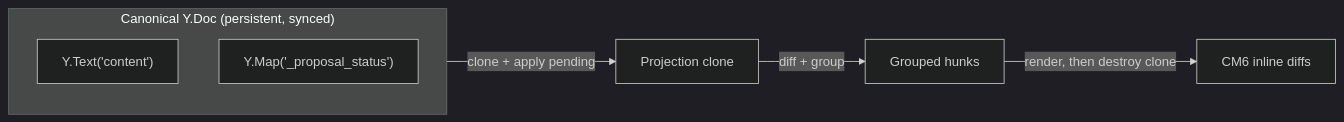
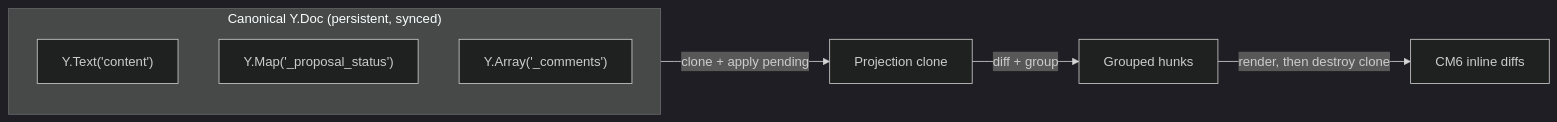
Before and after one commit to haowjy/meridian-flow: the second of 3 diagrams in _docs/plans/collab-data-model-v2/spec/architecture.md, drawn with Mermaid (dark theme). The commit also changed other lines of this file and 11 other files, not shown here.

````diff
--- a/_docs/plans/collab-data-model-v2/spec/architecture.md
+++ b/_docs/plans/collab-data-model-v2/spec/architecture.md
@@ -64,10 +64,11 @@
 ```mermaid
 flowchart LR
     subgraph doc ["Canonical Y.Doc (persistent, synced)"]
         T["Y.Text('content')"]
         M["Y.Map('_proposal_status')"]
+        C["Y.Array('_comments')"]
     end
     doc -->|"clone + apply pending"| P["Projection clone"]
     P -->|"diff + group"| H["Grouped hunks"]
     H -->|"render, then destroy clone"| CM["CM6 inline diffs"]
 ```
````
